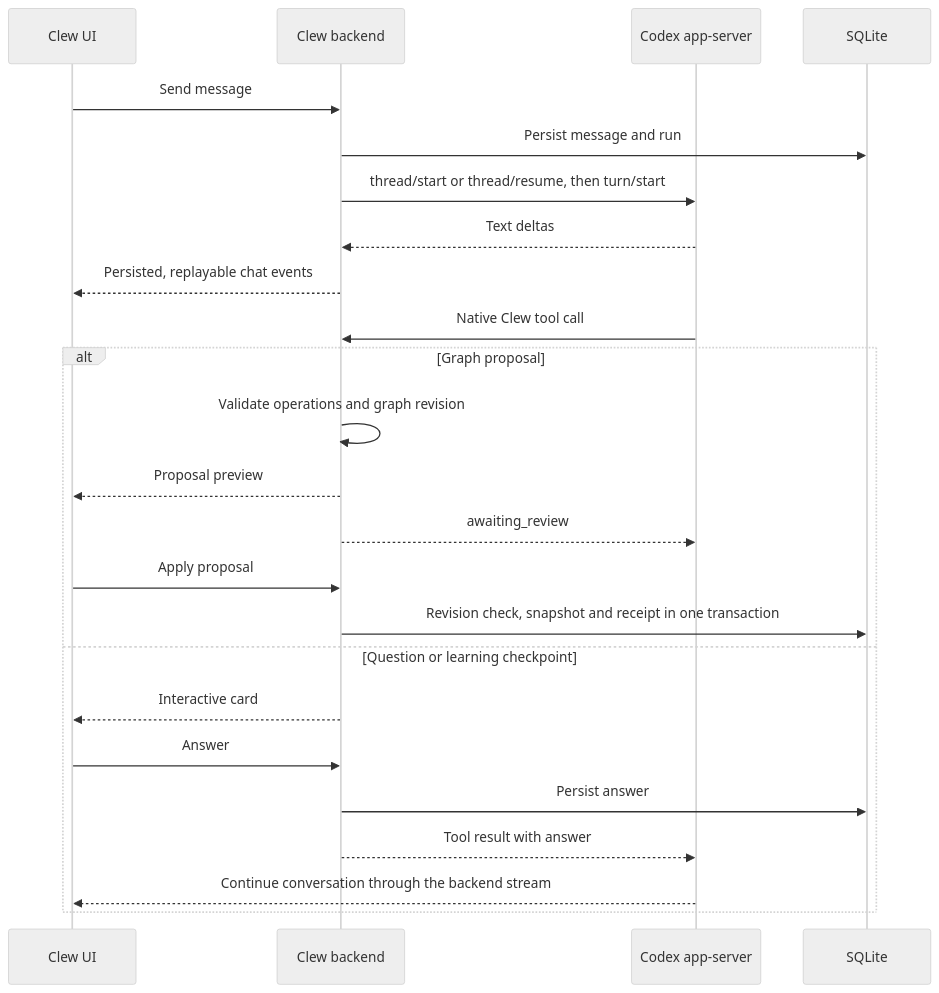
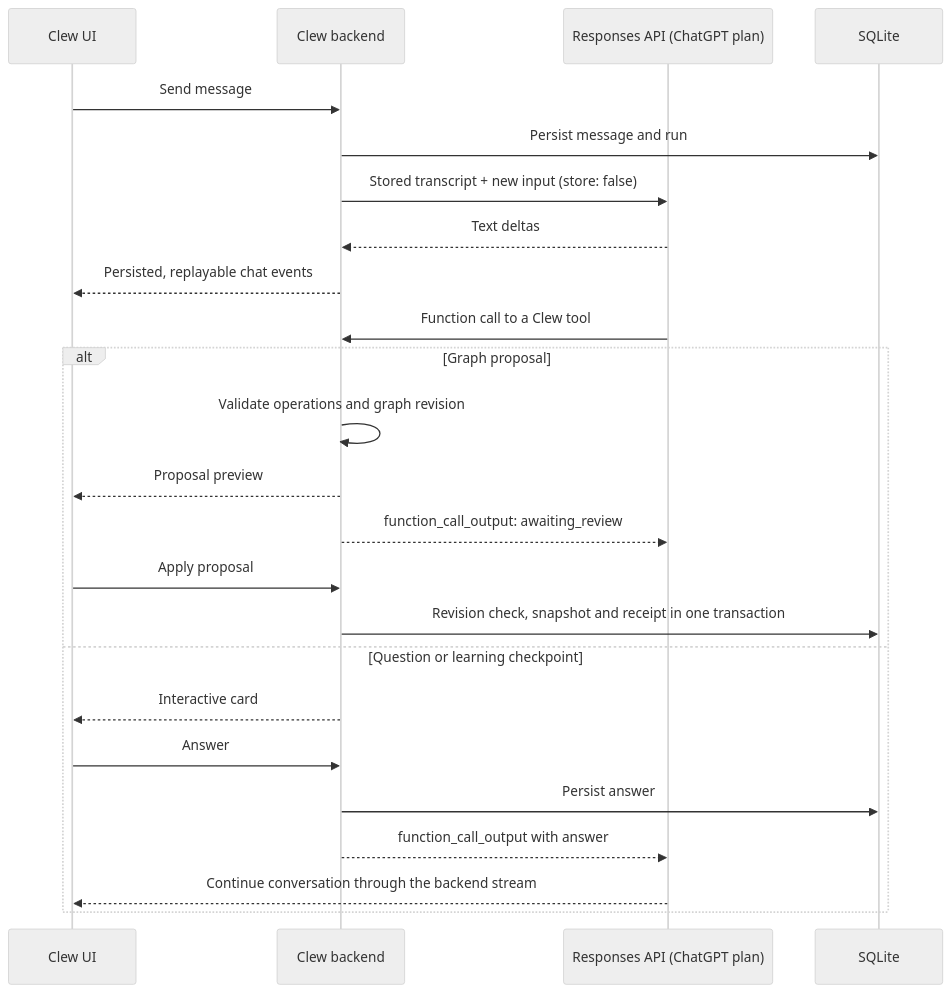
Before and after one commit to miuuyy/Clew: the diagram in docs/ARCHITECTURE.md, drawn with Mermaid (neutral theme). The commit also changed other lines of this file and 54 other files, not shown here.

First line of the commit message:
feat: run Clew agent on Sign in with ChatGPT

````diff
--- a/docs/ARCHITECTURE.md
+++ b/docs/ARCHITECTURE.md
@@ -15,26 +15,26 @@
 ```mermaid
 sequenceDiagram
     participant UI as Clew UI
     participant API as Clew backend
-    participant C as Codex app-server
+    participant C as Responses API (ChatGPT plan)
     participant DB as SQLite
     UI->>API: Send message
     API->>DB: Persist message and run
-    API->>C: thread/start or thread/resume, then turn/start
+    API->>C: Stored transcript + new input (store: false)
     C-->>API: Text deltas
     API-->>UI: Persisted, replayable chat events
-    C->>API: Native Clew tool call
+    C->>API: Function call to a Clew tool
     alt Graph proposal
         API->>API: Validate operations and graph revision
         API-->>UI: Proposal preview
-        API-->>C: awaiting_review
+        API-->>C: function_call_output: awaiting_review
         UI->>API: Apply proposal
         API->>DB: Revision check, snapshot and receipt in one transaction
     else Question or learning checkpoint
         API-->>UI: Interactive card
         UI->>API: Answer
         API->>DB: Persist answer
-        API-->>C: Tool result with answer
+        API-->>C: function_call_output with answer
         C-->>UI: Continue conversation through the backend stream
     end
 ```
````
